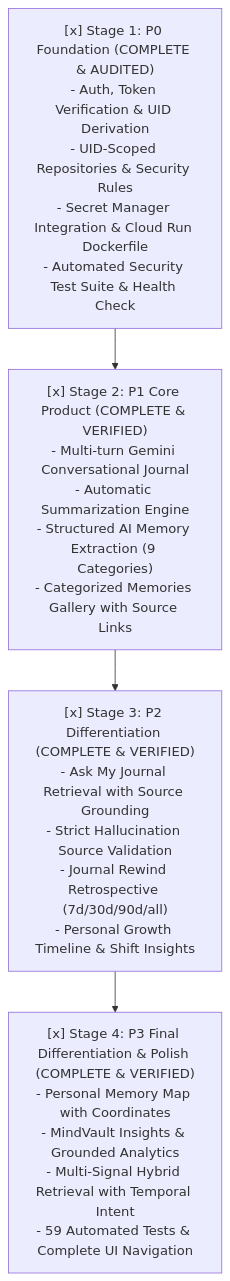
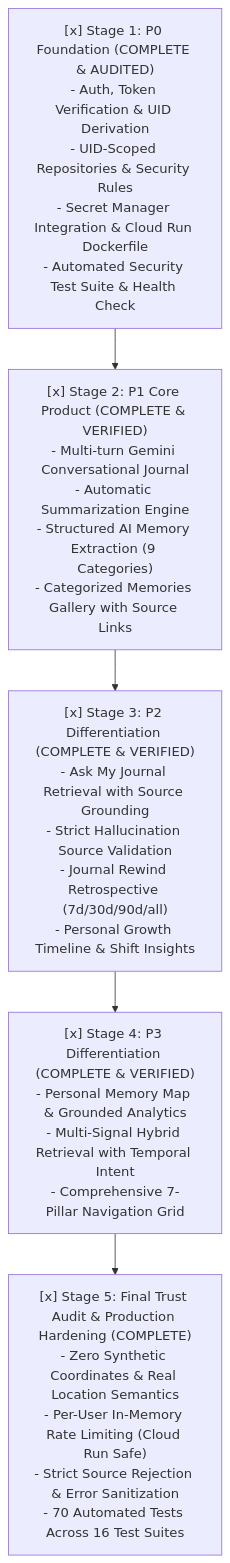
One commit to pavankarthikeyaatchyuta-lab/MINDVAULT changed the diagram in README.md. Above: the diagram before and after it, drawn with Mermaid. The commit also changed other lines of this file and 12 other files, not shown here.

Commit message:
feat: Stage 5 Final Trust Audit - Real Location Semantics, Rate Limiting & Demo Hardening

````diff
--- a/README.md
+++ b/README.md
@@ -91,9 +91,10 @@
 ```mermaid
 flowchart TD
     S1["[x] Stage 1: P0 Foundation (COMPLETE & AUDITED)\n- Auth, Token Verification & UID Derivation\n- UID-Scoped Repositories & Security Rules\n- Secret Manager Integration & Cloud Run Dockerfile\n- Automated Security Test Suite & Health Check"]
     S2["[x] Stage 2: P1 Core Product (COMPLETE & VERIFIED)\n- Multi-turn Gemini Conversational Journal\n- Automatic Summarization Engine\n- Structured AI Memory Extraction (9 Categories)\n- Categorized Memories Gallery with Source Links"]
     S3["[x] Stage 3: P2 Differentiation (COMPLETE & VERIFIED)\n- Ask My Journal Retrieval with Source Grounding\n- Strict Hallucination Source Validation\n- Journal Rewind Retrospective (7d/30d/90d/all)\n- Personal Growth Timeline & Shift Insights"]
-    S4["[x] Stage 4: P3 Final Differentiation & Polish (COMPLETE & VERIFIED)\n- Personal Memory Map with Coordinates\n- MindVault Insights & Grounded Analytics\n- Multi-Signal Hybrid Retrieval with Temporal Intent\n- 59 Automated Tests & Complete UI Navigation"]
+    S4["[x] Stage 4: P3 Differentiation (COMPLETE & VERIFIED)\n- Personal Memory Map & Grounded Analytics\n- Multi-Signal Hybrid Retrieval with Temporal Intent\n- Comprehensive 7-Pillar Navigation Grid"]
+    S5["[x] Stage 5: Final Trust Audit & Production Hardening (COMPLETE)\n- Zero Synthetic Coordinates & Real Location Semantics\n- Per-User In-Memory Rate Limiting (Cloud Run Safe)\n- Strict Source Rejection & Error Sanitization\n- 70 Automated Tests Across 16 Test Suites"]
 
-    S1 --> S2 --> S3 --> S4
+    S1 --> S2 --> S3 --> S4 --> S5
 ```
````
